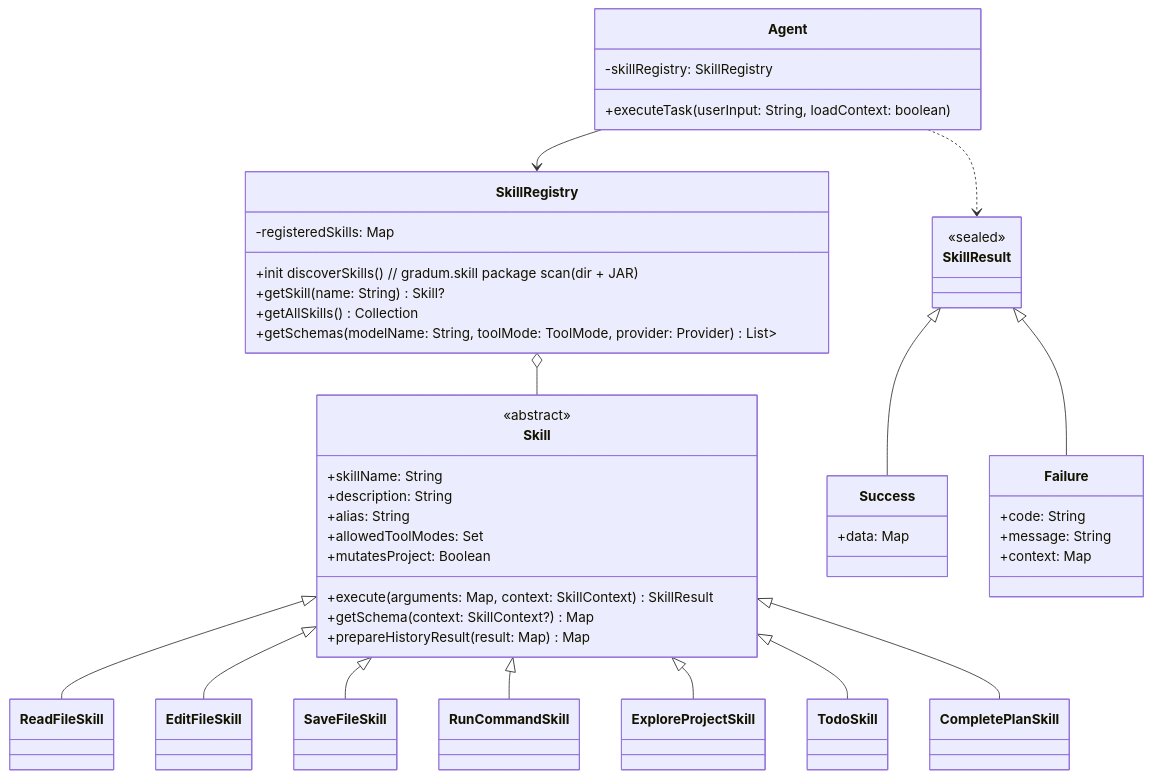
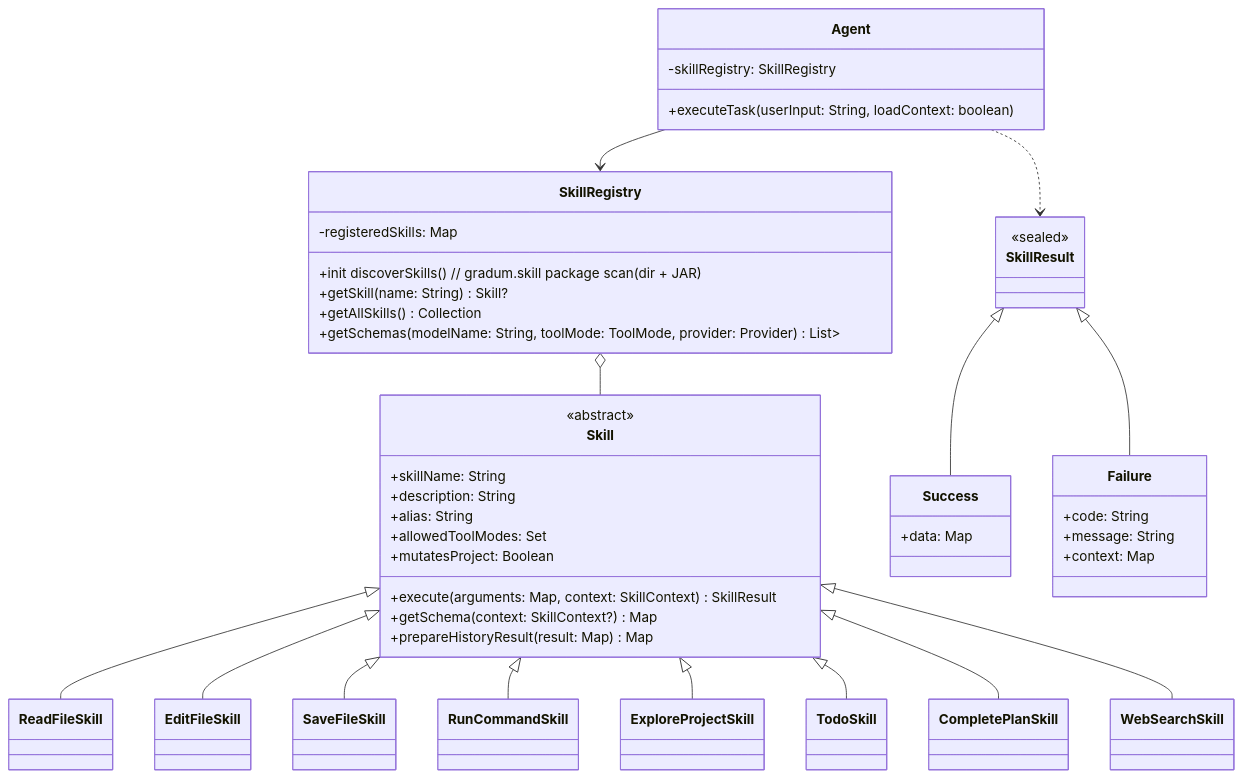
Before and after one commit to lg841226/Gradum: diagram 19 of 29 in docs/ARCHITECTURE.md, drawn with Mermaid. The commit also changed other lines of this file and 1 other file, not shown here.

First line of the commit message:
Update docs: WebSearchSkill, ThinkingIndicator, table error style, tool call scroll

````diff
--- a/docs/ARCHITECTURE.md
+++ b/docs/ARCHITECTURE.md
@@ -1226,63 +1231,65 @@
 ```mermaid
 classDiagram
     class Skill {
         <<abstract>>
         +skillName: String
         +description: String
         +alias: String
         +allowedToolModes: Set<ToolMode>
         +mutatesProject: Boolean
         +execute(arguments: Map<String, Any>, context: SkillContext) SkillResult
         +getSchema(context: SkillContext?) Map<String, Any>
         +prepareHistoryResult(result: Map<String, Any>) Map<String, Any>
     }
 
     class SkillResult {
         <<sealed>>
     }
 
     class Success {
         +data: Map<String, Any>
     }
 
     class Failure {
         +code: String
         +message: String
         +context: Map<String, Any>
     }
 
     class SkillRegistry {
         -registeredSkills: Map<String, Skill>
         +init discoverSkills() // gradum.skill package scan (dir + JAR)
         +getSkill(name: String) Skill?
         +getAllSkills() Collection<Skill>
         +getSchemas(modelName: String, toolMode: ToolMode, provider: Provider) List<Map<String, Any>>
     }
 
     class ReadFileSkill
     class EditFileSkill
     class SaveFileSkill
     class RunCommandSkill
     class ExploreProjectSkill
     class TodoSkill
     class CompletePlanSkill
+    class WebSearchSkill
 
     SkillResult <|-- Success
     SkillResult <|-- Failure
     Skill <|-- ReadFileSkill
     Skill <|-- EditFileSkill
     Skill <|-- SaveFileSkill
     Skill <|-- RunCommandSkill
     Skill <|-- ExploreProjectSkill
     Skill <|-- TodoSkill
     Skill <|-- CompletePlanSkill
+    Skill <|-- WebSearchSkill
     SkillRegistry o-- Skill
 
     class Agent {
         -skillRegistry: SkillRegistry
         +executeTask(userInput: String, loadContext: boolean)
     }
 
     Agent --> SkillRegistry
     Agent ..> SkillResult
 ```
````
